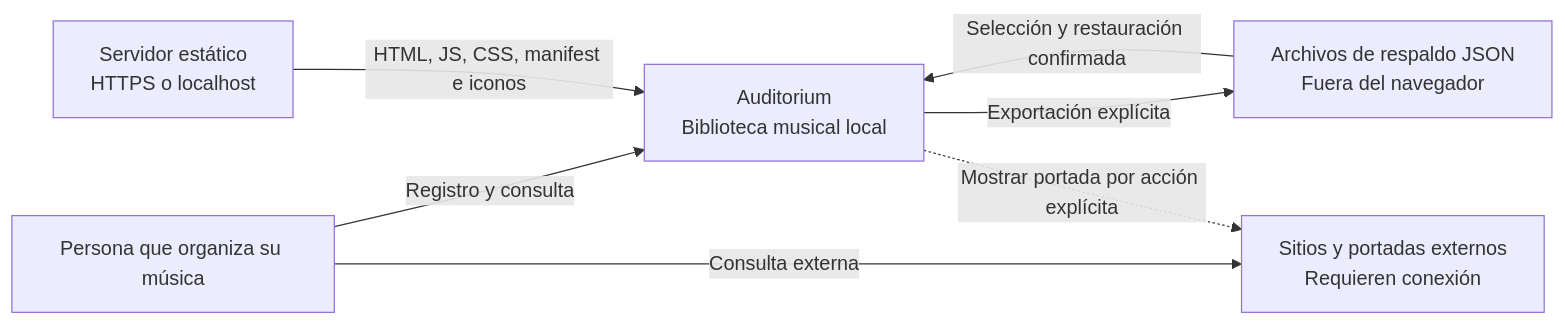
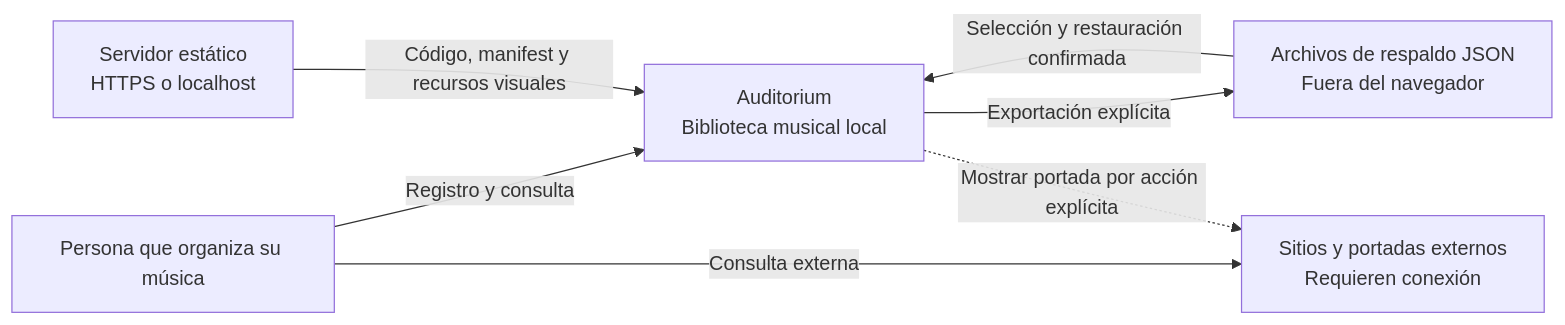
One commit to NicoCG32/Auditorium changed the first of 6 diagrams in docs/ARQUITECTURA.md. Above: the diagram before and after it, drawn with Mermaid. The commit also changed other lines of this file and 16 other files, not shown here.

````diff
--- a/docs/ARQUITECTURA.md
+++ b/docs/ARQUITECTURA.md
@@ -13,14 +13,14 @@
 ```mermaid
 flowchart LR
     Persona["Persona que organiza su música"]
     App["Auditorium<br/>Biblioteca musical local"]
     Hosting["Servidor estático<br/>HTTPS o localhost"]
     Archivos["Archivos de respaldo JSON<br/>Fuera del navegador"]
     Externo["Sitios y portadas externos<br/>Requieren conexión"]
     Persona -->|Registro y consulta| App
-    Hosting -->|HTML, JS, CSS, manifest e iconos| App
+    Hosting -->|Código, manifest y recursos visuales| App
     App -->|Exportación explícita| Archivos
     Archivos -->|Selección y restauración confirmada| App
     Persona -->|Consulta externa| Externo
     App -.->|Mostrar portada por acción explícita| Externo
 ```
````
